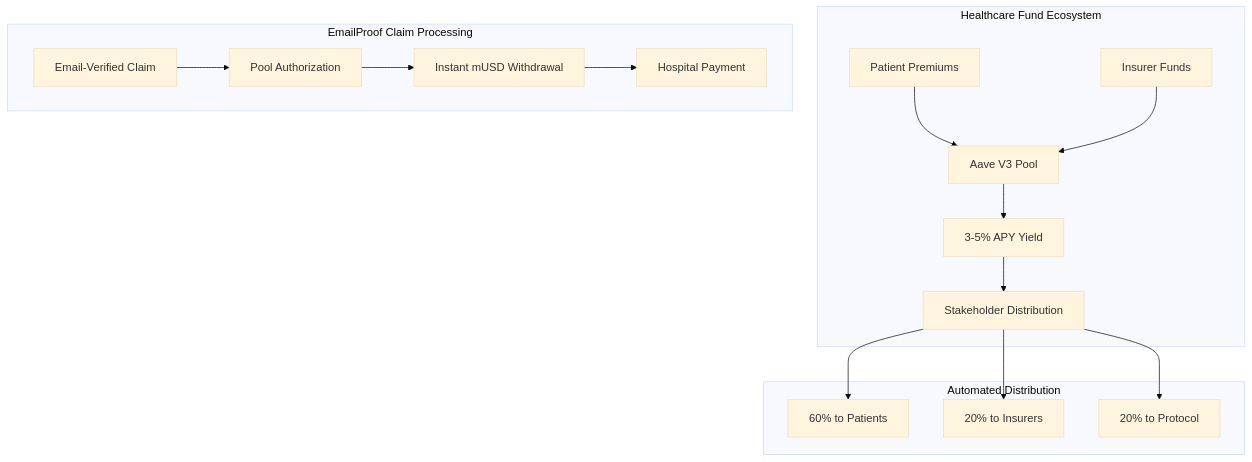
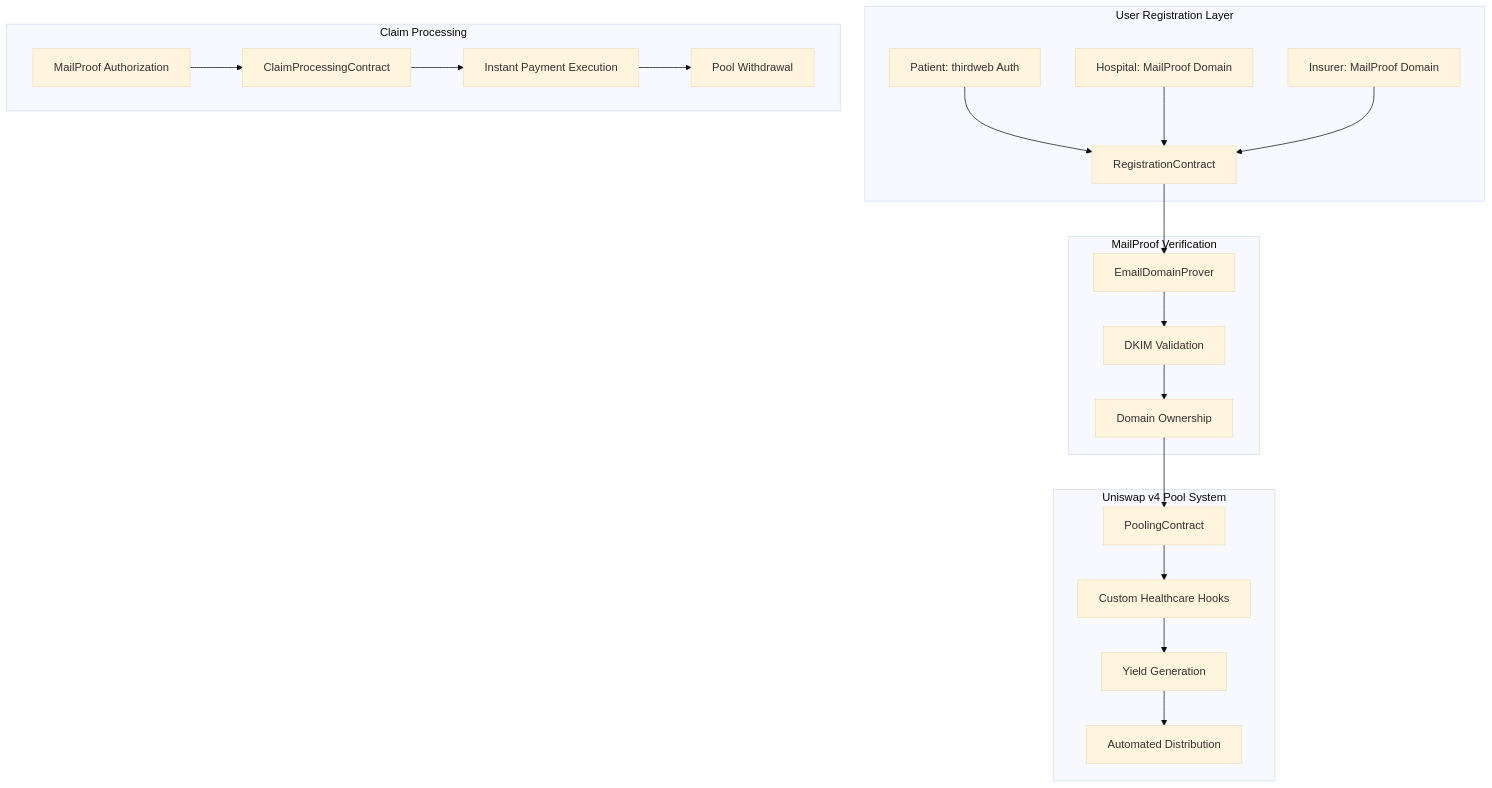
One commit to ppezzull/zkMed changed the first of 18 diagrams in memory-bank/systemPatterns.md. Above: the diagram before and after it, drawn with Mermaid (base theme). The commit also changed other lines of this file and 5 other files, not shown here.

````diff
--- a/memory-bank/systemPatterns.md
+++ b/memory-bank/systemPatterns.md
@@ -13,21 +13,27 @@
 ```mermaid
 graph TB
-    subgraph "Healthcare Fund Ecosystem"
-        A[Patient Premiums] --> Pool[Aave V3 Pool]
-        B[Insurer Funds] --> Pool
-        Pool --> C[3-5% APY Yield]
-        C --> D[Stakeholder Distribution]
+    subgraph "User Registration Layer"
+        A[Patient: thirdweb Auth] --> D[RegistrationContract]
+        B[Hospital: MailProof Domain] --> D
+        C[Insurer: MailProof Domain] --> D
     end
     
-    subgraph "Automated Distribution"
-        D --> E[60% to Patients]
-        D --> F[20% to Insurers]
-        D --> G[20% to Protocol]
+    subgraph "MailProof Verification"
+        D --> E[EmailDomainProver]
+        E --> F[DKIM Validation]
+        F --> G[Domain Ownership]
     end
     
-    subgraph "EmailProof Claim Processing"
-        H[Email-Verified Claim] --> I[Pool Authorization]
-        I --> J[Instant mUSD Withdrawal]
-        J --> K[Hospital Payment]
+    subgraph "Uniswap v4 Pool System"
+        G --> H[PoolingContract]
+        H --> I[Custom Healthcare Hooks]
+        I --> J[Yield Generation]
+        J --> K[Automated Distribution]
+    end
+    
+    subgraph "Claim Processing"
+        L[MailProof Authorization] --> M[ClaimProcessingContract]
+        M --> N[Instant Payment Execution]
+        N --> O[Pool Withdrawal]
     end
 ```
````
